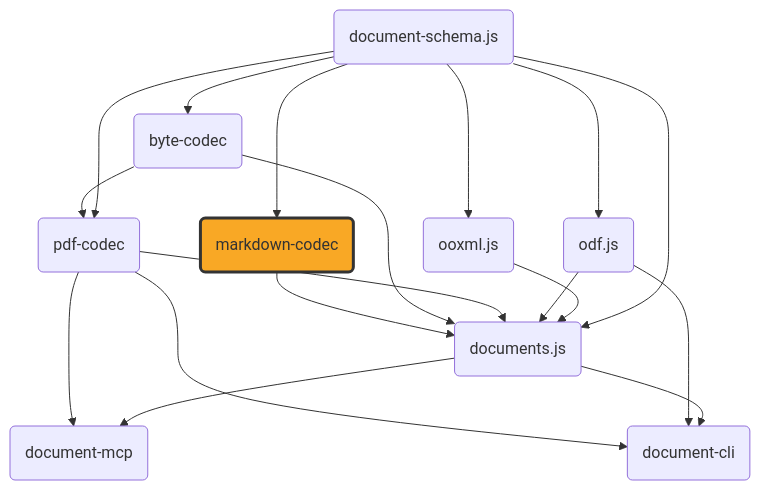
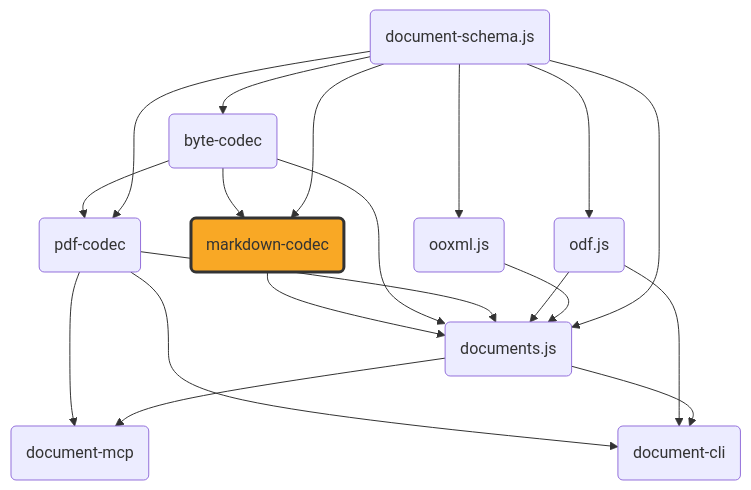
Before and after one commit to ExaDev/documents.js: the diagram in packages/markdown-codec/README.md, drawn with Mermaid. The commit also changed other lines of this file and 4 other files, not shown here.

````diff
--- a/packages/markdown-codec/README.md
+++ b/packages/markdown-codec/README.md
@@ -9,42 +9,43 @@
 ```mermaid
 graph TD
     schema("document-schema.js")
     ooxml("ooxml.js")
     odf("odf.js")
     pdfcodec("pdf-codec")
     bytecodec("byte-codec")
     mdcodec("markdown-codec")
     documents("documents.js")
     mcp("document-mcp")
     cli("document-cli")
 
     schema --> ooxml
     schema --> odf
     schema --> pdfcodec
     schema --> bytecodec
     schema --> mdcodec
     schema --> documents
     bytecodec --> pdfcodec
+    bytecodec --> mdcodec
     ooxml --> documents
     odf --> documents
     pdfcodec --> documents
     bytecodec --> documents
     mdcodec --> documents
     documents --> mcp
     pdfcodec --> mcp
     documents --> cli
     odf --> cli
     pdfcodec --> cli
 
     click schema "https://github.com/ExaDev/documents.js/tree/main/packages/document-schema.js" "document-schema.js"
     click ooxml "https://github.com/ExaDev/documents.js/tree/main/packages/ooxml.js" "ooxml.js"
     click odf "https://github.com/ExaDev/documents.js/tree/main/packages/odf.js" "odf.js"
     click pdfcodec "https://github.com/ExaDev/documents.js/tree/main/packages/pdf-codec" "pdf-codec"
     click bytecodec "https://github.com/ExaDev/documents.js/tree/main/packages/byte-codec" "byte-codec"
     click mdcodec "https://github.com/ExaDev/documents.js/tree/main/packages/markdown-codec" "markdown-codec"
     click documents "https://github.com/ExaDev/documents.js" "documents.js"
     click mcp "https://github.com/ExaDev/documents.js/tree/main/packages/document-mcp" "document-mcp"
     click cli "https://github.com/ExaDev/documents.js/tree/main/packages/document-cli" "document-cli"
 
     style mdcodec fill:#f9a825,stroke:#333,stroke-width:3px
 ```
````
